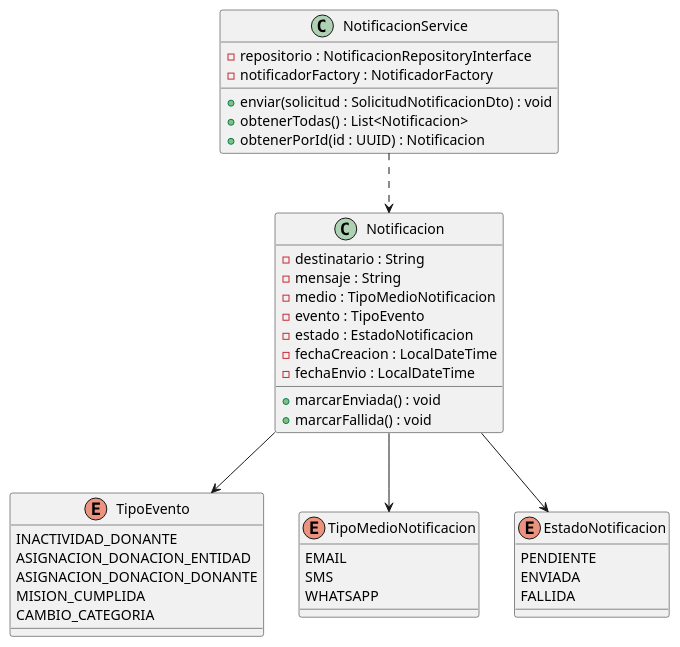
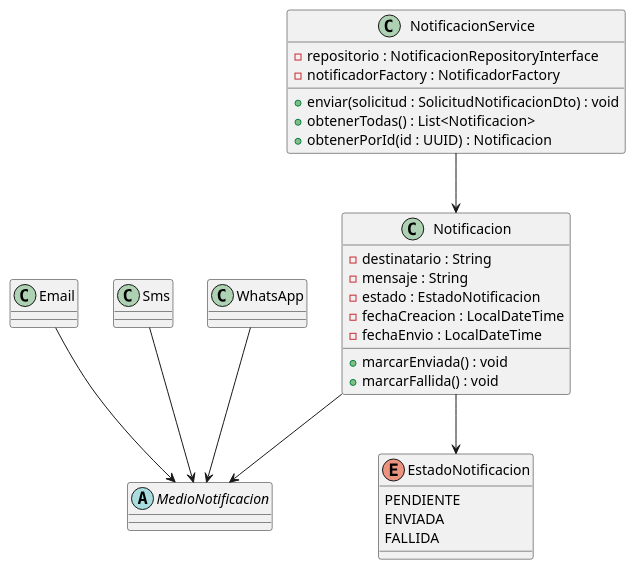
One commit to PonceCamilo/TP-ANUAL-DISENIO-2026 changed the diagram in donatrack/DiagramaDeClases/Notificaciones/diagramaClasesNotificacionesModelYServices.plantuml. Above: the diagram before and after it, drawn with PlantUML.

Commit message:
Actualiza diagrama de clases de notificaciones

```diff
--- a/donatrack/DiagramaDeClases/Notificaciones/diagramaClasesNotificacionesModelYServices.plantuml
+++ b/donatrack/DiagramaDeClases/Notificaciones/diagramaClasesNotificacionesModelYServices.plantuml
@@ -1,50 +1,47 @@
 @startuml diagramaClasesNotificacionesModelYService
 
 class Notificacion {
     - destinatario : String
     - mensaje : String
-    - medio : TipoMedioNotificacion
-    - evento : TipoEvento
     - estado : EstadoNotificacion
     - fechaCreacion : LocalDateTime
     - fechaEnvio : LocalDateTime
     + marcarEnviada() : void
     + marcarFallida() : void
 }
 
-enum TipoEvento {
-    INACTIVIDAD_DONANTE
-    ASIGNACION_DONACION_ENTIDAD
-    ASIGNACION_DONACION_DONANTE
-    MISION_CUMPLIDA
-    CAMBIO_CATEGORIA
+abstract class MedioNotificacion {
 }
 
-enum TipoMedioNotificacion {
-    EMAIL
-    SMS
-    WHATSAPP
+class Email {
 }
 
+class Sms{
+}
+
+class WhatsApp {
+}
 enum EstadoNotificacion {
     PENDIENTE
     ENVIADA
     FALLIDA
 }
 
 class NotificacionService {
     - repositorio : NotificacionRepositoryInterface
     - notificadorFactory : NotificadorFactory
     + enviar(solicitud : SolicitudNotificacionDto) : void
     + obtenerTodas() : List<Notificacion>
     + obtenerPorId(id : UUID) : Notificacion
 }
 
 
-Notificacion --> TipoMedioNotificacion
-Notificacion --> TipoEvento
+Email --> MedioNotificacion
+Sms --> MedioNotificacion
+WhatsApp --> MedioNotificacion
 Notificacion --> EstadoNotificacion
+Notificacion --> MedioNotificacion
 
-NotificacionService ..> Notificacion
+NotificacionService --> Notificacion
 
 @enduml
```
